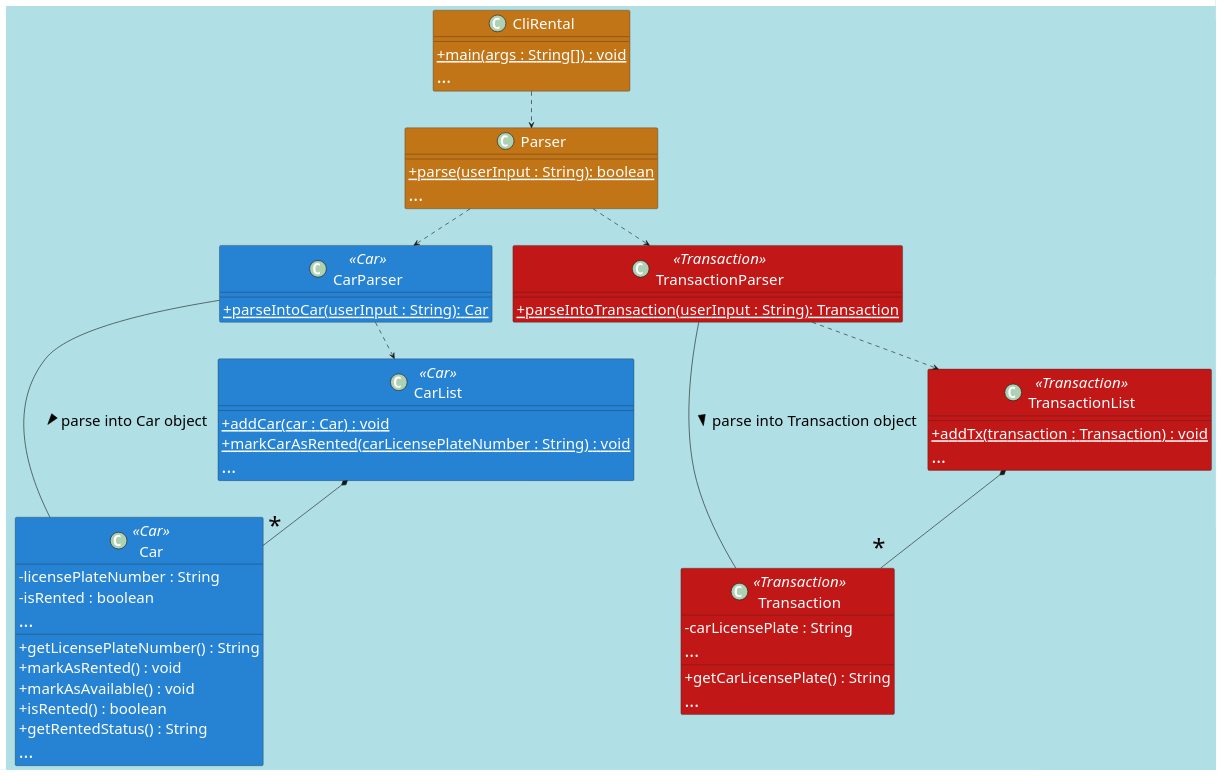
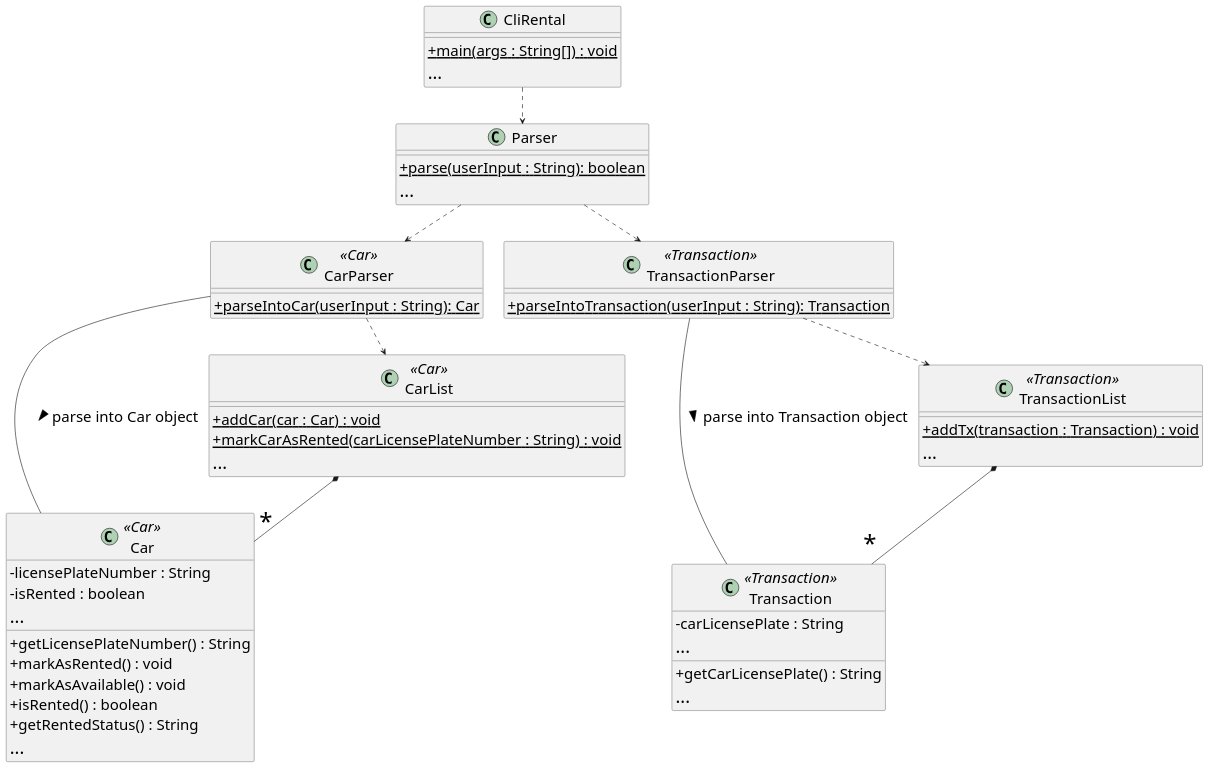
One commit to rexkoh425/tp changed the diagram in docs/diagrams/RyanClassDiagram.puml. Above: the diagram before and after it, drawn with PlantUML. The commit also changed 2 other files, not shown here.

Commit message:
Restore background color of all diagrams to white to standardise across all diagrams in the developer guide

```diff
--- a/docs/diagrams/RyanClassDiagram.puml
+++ b/docs/diagrams/RyanClassDiagram.puml
@@ -1,74 +1,65 @@
 @startuml
 'https://plantuml.com/class-diagram
 
 skinparam {
 classAttributeIconSize 0
-defaultFontColor white
 defaultFontSize 25
-backgroundColor PowderBlue
 ArrowFontSize 25
-ArrowFontColor black
-}
-
-skinparam class {
-BackgroundColor #c27517
-BackgroundColor<<Car>> #2683d4
-BackgroundColor<<Transaction>> #c21717
 }
 
 class CliRental {
 {method}{static} +main(args : String[]) : void
 {method}<font size=30>...
 }
 class Parser {
 {method}{static} +parse(userInput : String): boolean
 {method}<font size=30>...
 }
 class CarParser <<Car>>{
 {method}{static} +parseIntoCar(userInput : String): Car
 }
 class TransactionParser <<Transaction>>{
 {method}{static} +parseIntoTransaction(userInput : String): Transaction
 }
 class Car <<Car>>{
 {field} -licensePlateNumber : String
 {field} -isRented : boolean
 <font size=30>...
 {method} +getLicensePlateNumber() : String
 {method} +markAsRented() : void
 {method} +markAsAvailable() : void
 {method} +isRented() : boolean
 {method} +getRentedStatus() : String
 {method}<font size=30>...
 }
 class Transaction <<Transaction>>{
 {field} -carLicensePlate : String
 <font size=30>...
 {method} +getCarLicensePlate() : String
 {method}<font size=30>...
 }
 class CarList <<Car>>{
 {method}{static} +addCar(car : Car) : void
 {method}{static} +markCarAsRented(carLicensePlateNumber : String) : void
 {method}<font size=30>...
 }
 class TransactionList <<Transaction>>{
 {method}{static} +addTx(transaction : Transaction) : void
 {method}<font size=30>...
 }
 
 CliRental ..> Parser
 
 Parser ..> CarParser
 Parser ..> TransactionParser
 
 CarParser -- Car: <font color=black>parse into Car object >
 CarParser ..> CarList
 
 TransactionParser -- Transaction : parse into Transaction object >
 TransactionParser ..> TransactionList
 
 CarList *-- "<font color=black size=40>*" Car
 TransactionList *-- "<font color=black size=40>*" Transaction
 
 @enduml
```
